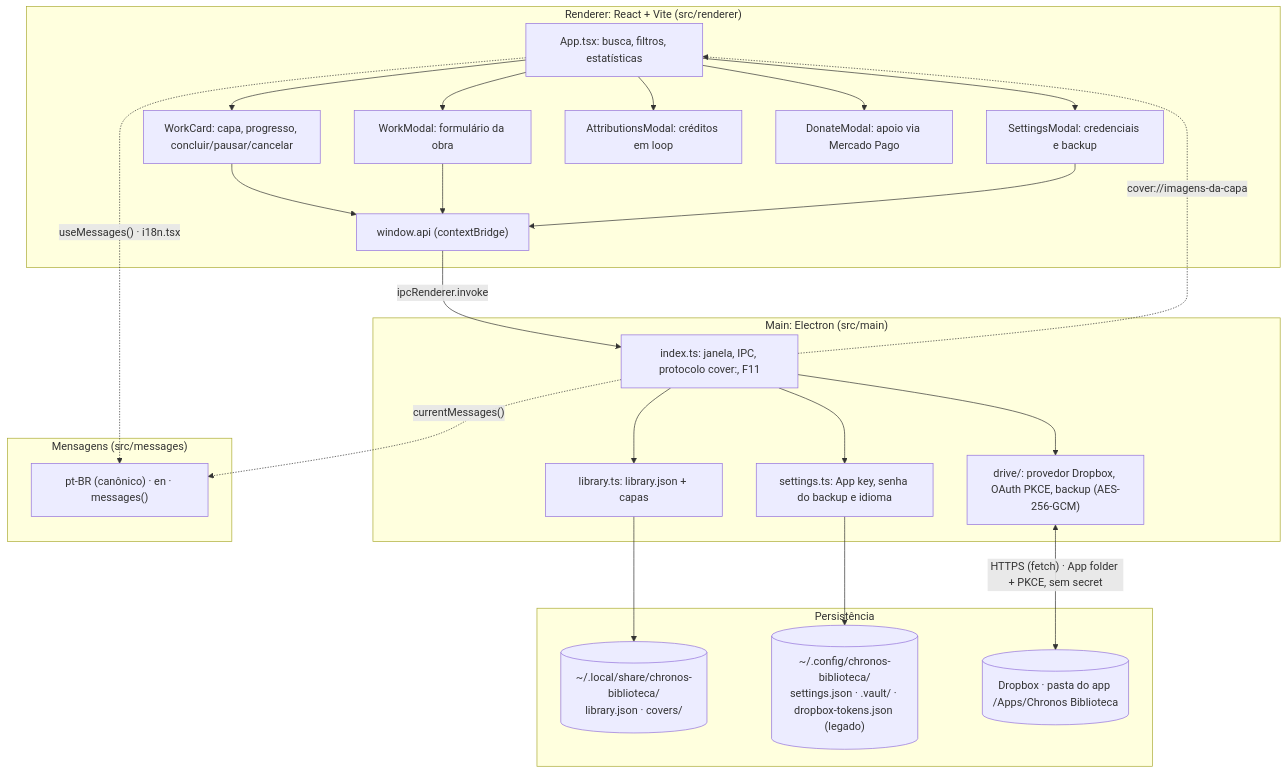
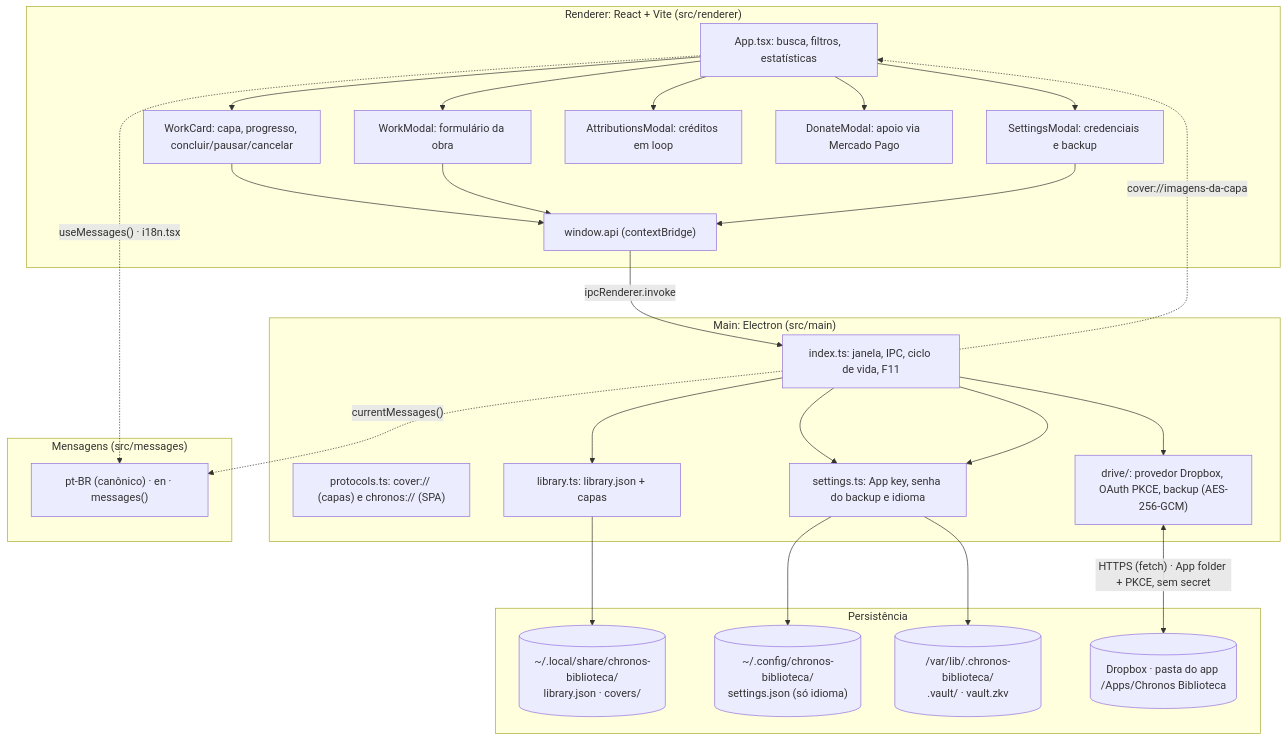
Before and after one commit to chronos-atalante/chronos-biblioteca: the first of 5 diagrams in README.md, drawn with Mermaid. The commit also changed other lines of this file and 66 other files, not shown here.

````diff
--- a/README.md
+++ b/README.md
@@ -220,46 +221,49 @@
 ```mermaid
 flowchart TD
     subgraph RENDERER["Renderer: React + Vite (src/renderer)"]
         UI1["App.tsx: busca, filtros, estatísticas"]
         UI2["WorkCard: capa, progresso, concluir/pausar/cancelar"]
         UI3["WorkModal: formulário da obra"]
         UI4["SettingsModal: credenciais e backup"]
         UI5["AttributionsModal: créditos em loop"]
         UI6["DonateModal: apoio via Mercado Pago"]
         BRIDGE["window.api (contextBridge)"]
         UI1 --> UI2
         UI1 --> UI3
         UI1 --> UI4
         UI1 --> UI5
         UI1 --> UI6
         UI2 --> BRIDGE
         UI3 --> BRIDGE
         UI4 --> BRIDGE
     end
 
     subgraph MAIN["Main: Electron (src/main)"]
-        IDX["index.ts: janela, IPC, protocolo cover:, F11"]
+        IDX["index.ts: janela, IPC, ciclo de vida, F11"]
+        PRT["protocols.ts: cover:// (capas) e chronos:// (SPA)"]
         LIB["library.ts: library.json + capas"]
         SET["settings.ts: App key, senha do backup e idioma"]
         DRV["drive/: provedor Dropbox, OAuth PKCE, backup (AES-256-GCM)"]
     end
 
     subgraph MSG["Mensagens (src/messages)"]
         M1["pt-BR (canônico) · en · messages()"]
     end
 
     subgraph STORAGE["Persistência"]
         LOKAL[("~/.local/share/chronos-biblioteca/<br/>library.json · covers/")]
-        CFG[("~/.config/chronos-biblioteca/<br/>settings.json · .vault/ · dropbox-tokens.json (legado)")]
+        CFG[("~/.config/chronos-biblioteca/<br/>settings.json (só idioma)")]
+        VAULT[("/var/lib/.chronos-biblioteca/<br/>.vault/ · vault.zkv")]
         DRIVE[("Dropbox · pasta do app /Apps/Chronos Biblioteca")]
     end
 
     BRIDGE -->|"ipcRenderer.invoke"| IDX
     IDX --> LIB --> LOKAL
     IDX --> SET --> CFG
+    IDX --> SET --> VAULT
     IDX --> DRV
     DRV <-->|"HTTPS (fetch) · App folder + PKCE, sem secret"| DRIVE
     IDX -.->|"cover://imagens-da-capa"| UI1
     UI1 -.->|"useMessages() · i18n.tsx"| M1
     IDX -.->|"currentMessages()"| M1
 ```
````
